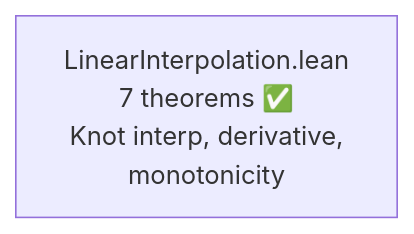
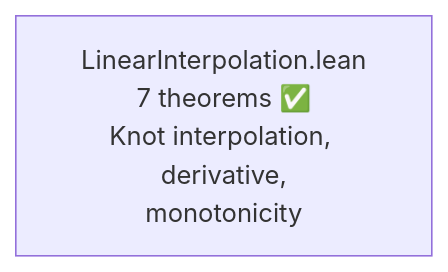
Before and after one commit to dsyme/QuantLib: the fourth of 11 diagrams in formal-verification/REPORT.md, drawn with Mermaid. The commit also changed other lines of this file, not shown here.

First line of the commit message:
feat(fv): update project report to 87 proved theorems across 7 targets

````diff
--- a/formal-verification/REPORT.md
+++ b/formal-verification/REPORT.md
@@ -102,4 +85,4 @@
 ```mermaid
 graph LR
-    F3["LinearInterpolation.lean<br/>7 theorems ✅<br/>Knot interp, derivative,<br/>monotonicity"]
+    F3["LinearInterpolation.lean<br/>7 theorems ✅<br/>Knot interpolation, derivative,<br/>monotonicity"]
 ```
````
